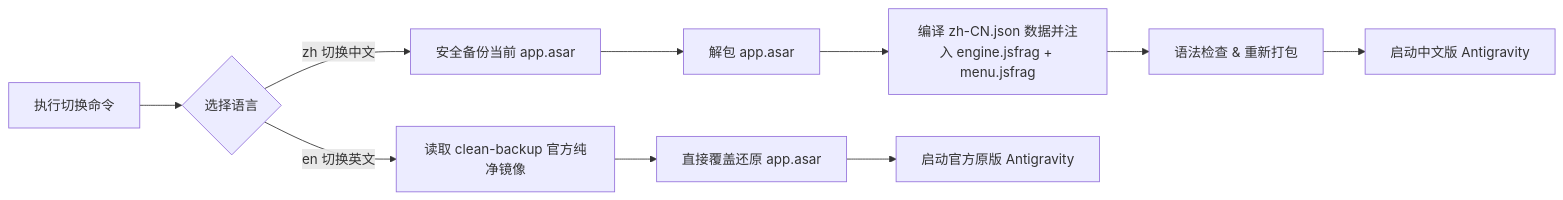
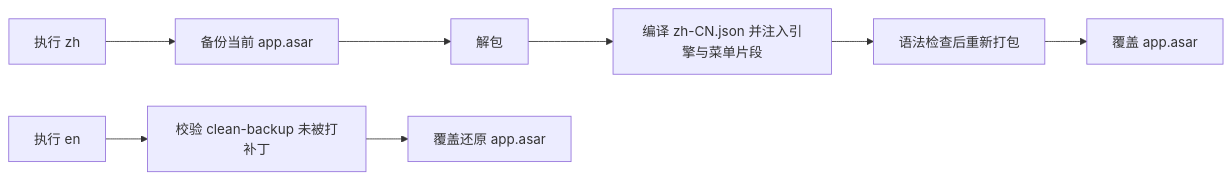
One commit to wadewu-ml/antigravity-i18n changed the diagram in README.md. Above: the diagram before and after it, drawn with Mermaid. The commit also changed other lines of this file and 2 other files, not shown here.

````diff
--- a/README.md
+++ b/README.md
@@ -95,13 +80,11 @@
 ```mermaid
 flowchart LR
-    A[执行切换命令] --> B{选择语言}
-    B -->|zh 切换中文| C[安全备份当前 app.asar]
-    C --> D[解包 app.asar]
-    D --> E[编译 zh-CN.json 数据并注入 engine.jsfrag + menu.jsfrag]
-    E --> F[语法检查 & 重新打包]
-    F --> G[启动中文版 Antigravity]
+    A[执行 zh] --> B[备份当前 app.asar]
+    B --> C[解包]
+    C --> D[编译 zh-CN.json 并注入引擎与菜单片段]
+    D --> E[语法检查后重新打包]
+    E --> F[覆盖 app.asar]
 
-    B -->|en 切换英文| H[读取 clean-backup 官方纯净镜像]
-    H --> I[直接覆盖还原 app.asar]
-    I --> J[启动官方原版 Antigravity]
+    G[执行 en] --> H[校验 clean-backup 未被打补丁]
+    H --> I[覆盖还原 app.asar]
 ```
````
